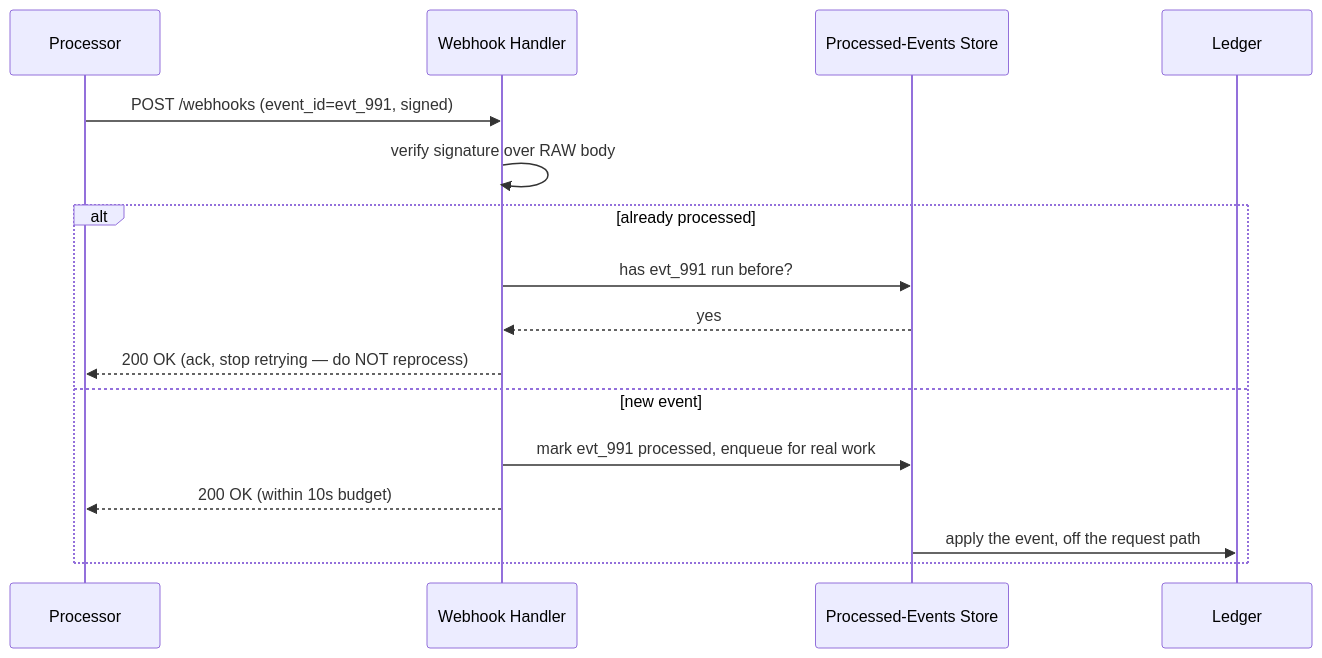
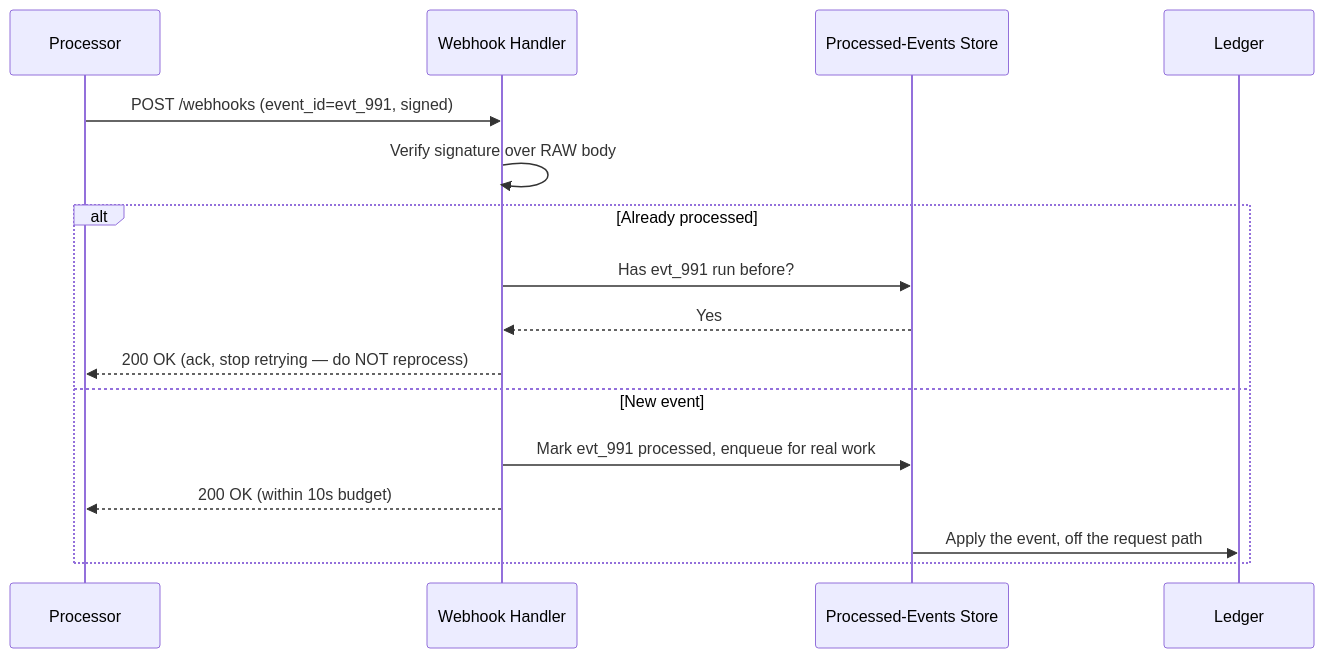
The ninth of 13 diagrams in system-design/HLD/0-course/41-Design-a-Payment-System-FAANG-Guide-story.md (riyaz-pasha/Learnings), drawn with Mermaid before and after one commit. The commit also changed other lines of this file and 1 other file, not shown here.

Commit message:
[REWRITE] Payment System story guide: simplify prose, add structure, fix diagrams

````diff
--- a/system-design/HLD/0-course/41-Design-a-Payment-System-FAANG-Guide-story.md
+++ b/system-design/HLD/0-course/41-Design-a-Payment-System-FAANG-Guide-story.md
@@ -235,19 +562,20 @@
 ```mermaid
 sequenceDiagram
     participant Proc as Processor
     participant WH as Webhook Handler
     participant Store as Processed-Events Store
     participant Ledger
 
     Proc->>WH: POST /webhooks (event_id=evt_991, signed)
-    WH->>WH: verify signature over RAW body
-    alt already processed
-        WH->>Store: has evt_991 run before?
-        Store-->>WH: yes
+    WH->>WH: Verify signature over RAW body
+
+    alt Already processed
+        WH->>Store: Has evt_991 run before?
+        Store-->>WH: Yes
         WH-->>Proc: 200 OK (ack, stop retrying — do NOT reprocess)
-    else new event
-        WH->>Store: mark evt_991 processed, enqueue for real work
+    else New event
+        WH->>Store: Mark evt_991 processed, enqueue for real work
         WH-->>Proc: 200 OK (within 10s budget)
-        Store->>Ledger: apply the event, off the request path
+        Store->>Ledger: Apply the event, off the request path
     end
 ```
````
